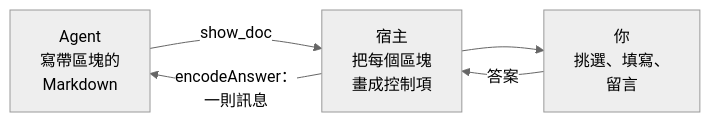
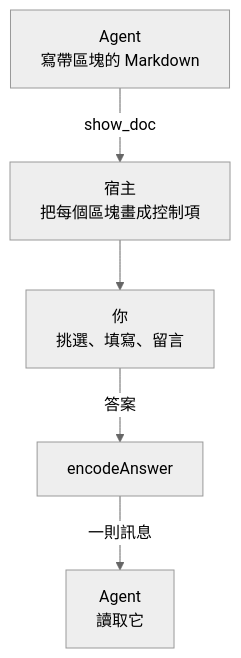
Before and after one commit to wayne930242/pi-better-show: the first of 2 diagrams in site/src/content/docs/zh-tw/guide/concepts.md, drawn with Mermaid (neutral theme). The commit also changed 3 other files, not shown here.

Commit message:
docs(site): redraw the round-trip diagram without a cycle, keep a first-column name whole

````diff
--- a/site/src/content/docs/zh-tw/guide/concepts.md
+++ b/site/src/content/docs/zh-tw/guide/concepts.md
@@ -16,7 +16,7 @@
 ```mermaid
-flowchart LR
-  agent["Agent<br/>寫帶區塊的<br/>Markdown"] -->|"show_doc"| host["宿主<br/>把每個區塊<br/>畫成控制項"]
-  host --> reader["你<br/>挑選、填寫、<br/>留言"]
-  reader -->|"答案"| host
-  host -->|"encodeAnswer：<br/>一則訊息"| agent
+flowchart TD
+  agent["Agent<br/>寫帶區塊的 Markdown"] -->|"show_doc"| host["宿主<br/>把每個區塊畫成控制項"]
+  host --> reader["你<br/>挑選、填寫、留言"]
+  reader -->|"答案"| enc["encodeAnswer"]
+  enc -->|"一則訊息"| back["Agent<br/>讀取它"]
 ```
````
